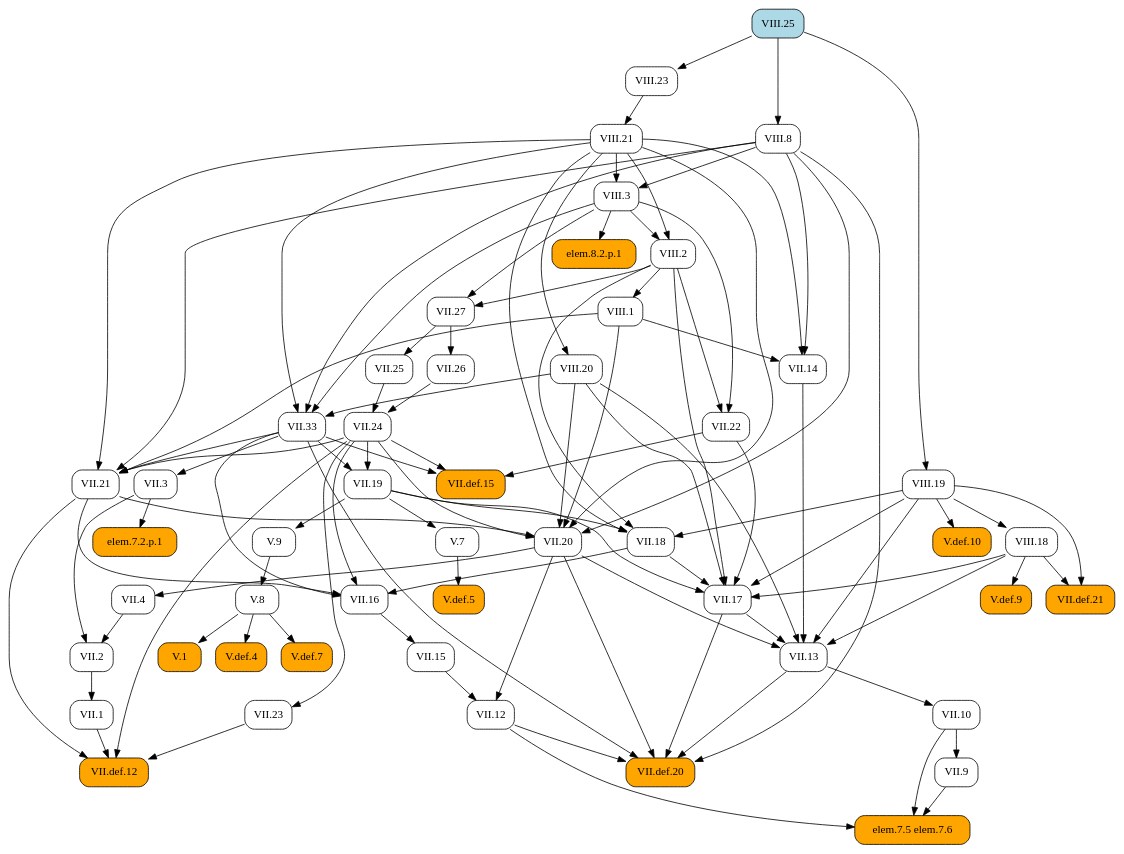
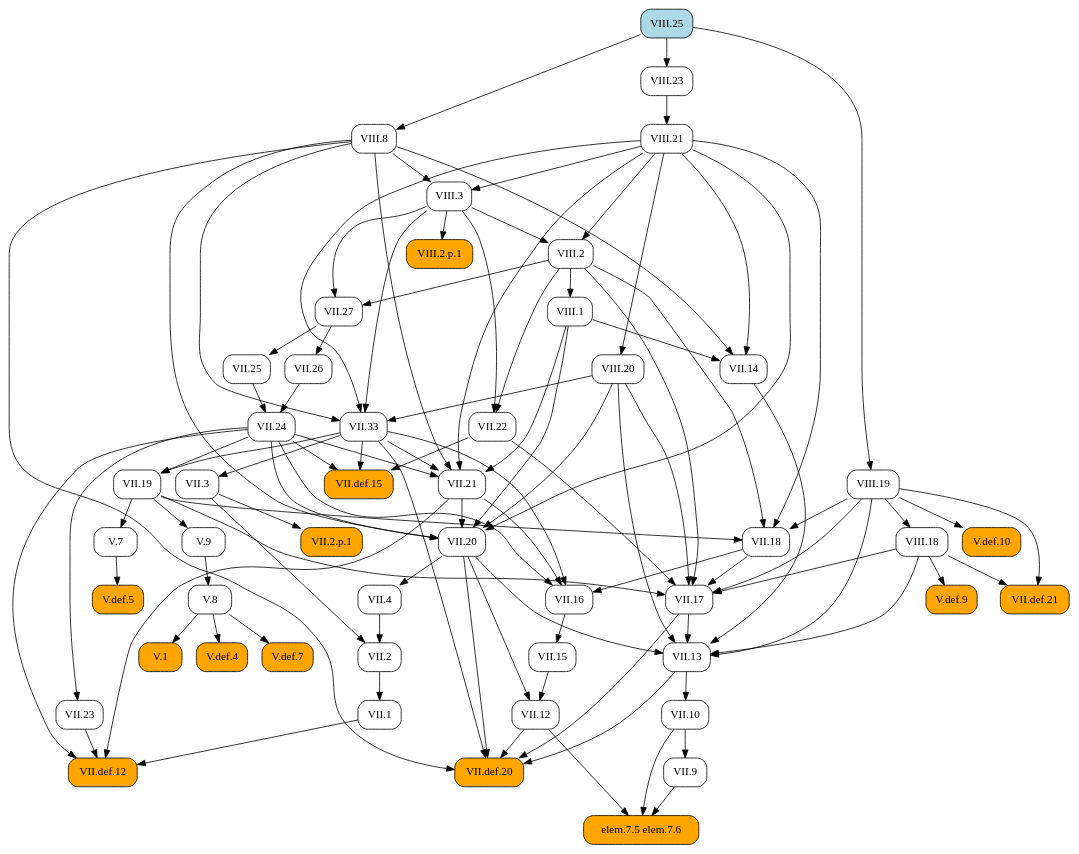
The diagram in docsrc/heath/VIII/25/index.rst (geometor/elements), drawn with Graphviz before and after one commit. The commit also changed 484 other files, not shown here.

```diff
--- a/docsrc/heath/VIII/25/index.rst
+++ b/docsrc/heath/VIII/25/index.rst
@@ -36,60 +36,96 @@
    digraph {
      rankdir="TB";
      node [shape=box, style=rounded];
-     "VII.1" [URL="/heath/VII/1/", target="_top"];
-     "V.def.10" [style="rounded,filled", fillcolor=orange, URL="/heath/V/def.10/", target="_top"];
+     "VII.33" [URL="/heath/VII/33/", target="_top"];
+     "VII.12" [URL="/heath/VII/12/", target="_top"];
+     "elem.7.5 elem.7.6" [style="rounded,filled", fillcolor=orange];
+     "VIII.20" [URL="/heath/VIII/20/", target="_top"];
      "VII.9" [URL="/heath/VII/9/", target="_top"];
+     "VIII.2" [URL="/heath/VIII/2/", target="_top"];
+     "VII.18" [URL="/heath/VII/18/", target="_top"];
+     "VII.16" [URL="/heath/VII/16/", target="_top"];
+     "V.7" [URL="/heath/V/7/", target="_top"];
+     "VII.26" [URL="/heath/VII/26/", target="_top"];
      "V.def.5" [style="rounded,filled", fillcolor=orange, URL="/heath/V/def.5/", target="_top"];
+     "V.9" [URL="/heath/V/9/", target="_top"];
+     "VIII.8" [URL="/heath/VIII/8/", target="_top"];
+     "VII.10" [URL="/heath/VII/10/", target="_top"];
+     "VIII.3" [URL="/heath/VIII/3/", target="_top"];
+     "VII.13" [URL="/heath/VII/13/", target="_top"];
+     "VIII.18" [URL="/heath/VIII/18/", target="_top"];
      "VIII.23" [URL="/heath/VIII/23/", target="_top"];
+     "VII.def.15" [style="rounded,filled", fillcolor=orange, URL="/heath/VII/def.15/", target="_top"];
+     "VIII.19" [URL="/heath/VIII/19/", target="_top"];
      "VII.17" [URL="/heath/VII/17/", target="_top"];
-     "VII.3" [URL="/heath/VII/3/", target="_top"];
-     "elem.7.5 elem.7.6" [style="rounded,filled", fillcolor=orange];
-     "VII.def.21" [style="rounded,filled", fillcolor=orange, URL="/heath/VII/def.21/", target="_top"];
+     "VII.19" [URL="/heath/VII/19/", target="_top"];
+     "VIII.2.p.1" [style="rounded,filled", fillcolor=orange];
+     "VII.2" [URL="/heath/VII/2/", target="_top"];
+     "VII.def.20" [style="rounded,filled", fillcolor=orange, URL="/heath/VII/def.20/", target="_top"];
+     "VII.2.p.1" [style="rounded,filled", fillcolor=orange];
+     "VII.15" [URL="/heath/VII/15/", target="_top"];
+     "V.def.4" [style="rounded,filled", fillcolor=orange, URL="/heath/V/def.4/", target="_top"];
+     "VIII.25" [style="rounded,filled", fillcolor=lightblue, URL="/heath/VIII/25/", target="_top"];
+     "V.def.7" [style="rounded,filled", fillcolor=orange, URL="/heath/V/def.7/", target="_top"];
      "VIII.21" [URL="/heath/VIII/21/", target="_top"];
-     "V.7" [URL="/heath/V/7/", target="_top"];
-     "VIII.19" [URL="/heath/VIII/19/", target="_top"];
-     "VIII.25" [style="rounded,filled", fillcolor=lightblue, URL="/heath/VIII/25/", target="_top"];
-     "V.9" [URL="/heath/V/9/", target="_top"];
-     "VII.13" [URL="/heath/VII/13/", target="_top"];
-     "VII.2" [URL="/heath/VII/2/", target="_top"];
-     "VIII.1" [URL="/heath/VIII/1/", target="_top"];
-     "VIII.2" [URL="/heath/VIII/2/", target="_top"];
-     "VII.12" [URL="/heath/VII/12/", target="_top"];
-     "VII.24" [URL="/heath/VII/24/", target="_top"];
-     "VII.def.12" [style="rounded,filled", fillcolor=orange, URL="/heath/VII/def.12/", target="_top"];
-     "V.8" [URL="/heath/V/8/", target="_top"];
-     "VII.33" [URL="/heath/VII/33/", target="_top"];
-     "V.def.9" [style="rounded,filled", fillcolor=orange, URL="/heath/V/def.9/", target="_top"];
-     "elem.7.2.p.1" [style="rounded,filled", fillcolor=orange];
-     "VIII.18" [URL="/heath/VIII/18/", target="_top"];
-     "VII.10" [URL="/heath/VII/10/", target="_top"];
-     "VII.def.15" [style="rounded,filled", fillcolor=orange, URL="/heath/VII/def.15/", target="_top"];
-     "VII.18" [URL="/heath/VII/18/", target="_top"];
-     "VII.19" [URL="/heath/VII/19/", target="_top"];
-     "VII.16" [URL="/heath/VII/16/", target="_top"];
-     "VII.26" [URL="/heath/VII/26/", target="_top"];
-     "VII.4" [URL="/heath/VII/4/", target="_top"];
-     "VII.25" [URL="/heath/VII/25/", target="_top"];
-     "VII.21" [URL="/heath/VII/21/", target="_top"];
-     "V.1" [style="rounded,filled", fillcolor=orange, URL="/heath/V/1/", target="_top"];
-     "VII.20" [URL="/heath/VII/20/", target="_top"];
-     "VIII.8" [URL="/heath/VIII/8/", target="_top"];
      "VII.14" [URL="/heath/VII/14/", target="_top"];
      "VII.27" [URL="/heath/VII/27/", target="_top"];
-     "VIII.3" [URL="/heath/VIII/3/", target="_top"];
-     "V.def.4" [style="rounded,filled", fillcolor=orange, URL="/heath/V/def.4/", target="_top"];
+     "VII.21" [URL="/heath/VII/21/", target="_top"];
+     "V.def.10" [style="rounded,filled", fillcolor=orange, URL="/heath/V/def.10/", target="_top"];
      "VII.22" [URL="/heath/VII/22/", target="_top"];
-     "VIII.20" [URL="/heath/VIII/20/", target="_top"];
-     "V.def.7" [style="rounded,filled", fillcolor=orange, URL="/heath/V/def.7/", target="_top"];
+     "VIII.1" [URL="/heath/VIII/1/", target="_top"];
+     "VII.25" [URL="/heath/VII/25/", target="_top"];
+     "VII.1" [URL="/heath/VII/1/", target="_top"];
+     "V.8" [URL="/heath/V/8/", target="_top"];
      "VII.23" [URL="/heath/VII/23/", target="_top"];
-     "VII.15" [URL="/heath/VII/15/", target="_top"];
-     "VII.def.20" [style="rounded,filled", fillcolor=orange, URL="/heath/VII/def.20/", target="_top"];
-     "elem.8.2.p.1" [style="rounded,filled", fillcolor=orange];
-     "VII.2" -> "VII.1";
-     "VIII.19" -> "V.def.10";
+     "VII.4" [URL="/heath/VII/4/", target="_top"];
+     "VII.def.12" [style="rounded,filled", fillcolor=orange, URL="/heath/VII/def.12/", target="_top"];
+     "V.1" [style="rounded,filled", fillcolor=orange, URL="/heath/V/1/", target="_top"];
+     "V.def.9" [style="rounded,filled", fillcolor=orange, URL="/heath/V/def.9/", target="_top"];
+     "VII.3" [URL="/heath/VII/3/", target="_top"];
+     "VII.24" [URL="/heath/VII/24/", target="_top"];
+     "VII.20" [URL="/heath/VII/20/", target="_top"];
+     "VII.def.21" [style="rounded,filled", fillcolor=orange, URL="/heath/VII/def.21/", target="_top"];
+     "VIII.3" -> "VII.33";
+     "VIII.8" -> "VII.33";
+     "VIII.20" -> "VII.33";
+     "VIII.21" -> "VII.33";
+     "VII.15" -> "VII.12";
+     "VII.20" -> "VII.12";
+     "VII.9" -> "elem.7.5 elem.7.6";
+     "VII.10" -> "elem.7.5 elem.7.6";
+     "VII.12" -> "elem.7.5 elem.7.6";
+     "VIII.21" -> "VIII.20";
      "VII.10" -> "VII.9";
+     "VIII.3" -> "VIII.2";
+     "VIII.21" -> "VIII.2";
+     "VII.19" -> "VII.18";
+     "VIII.2" -> "VII.18";
+     "VIII.19" -> "VII.18";
+     "VIII.21" -> "VII.18";
+     "VII.18" -> "VII.16";
+     "VII.21" -> "VII.16";
+     "VII.24" -> "VII.16";
+     "VII.33" -> "VII.16";
+     "VII.19" -> "V.7";
+     "VII.27" -> "VII.26";
      "V.7" -> "V.def.5";
+     "VII.19" -> "V.9";
+     "VIII.25" -> "VIII.8";
+     "VII.13" -> "VII.10";
+     "VIII.8" -> "VIII.3";
+     "VIII.21" -> "VIII.3";
+     "VII.14" -> "VII.13";
+     "VII.17" -> "VII.13";
+     "VII.20" -> "VII.13";
+     "VIII.18" -> "VII.13";
+     "VIII.19" -> "VII.13";
+     "VIII.20" -> "VII.13";
+     "VIII.19" -> "VIII.18";
      "VIII.25" -> "VIII.23";
+     "VII.22" -> "VII.def.15";
+     "VII.24" -> "VII.def.15";
+     "VII.33" -> "VII.def.15";
+     "VIII.25" -> "VIII.19";
      "VII.18" -> "VII.17";
      "VII.19" -> "VII.17";
      "VII.22" -> "VII.17";
@@ -97,92 +133,56 @@
      "VIII.18" -> "VII.17";
      "VIII.19" -> "VII.17";
      "VIII.20" -> "VII.17";
-     "VII.33" -> "VII.3";
-     "VII.9" -> "elem.7.5 elem.7.6";
-     "VII.10" -> "elem.7.5 elem.7.6";
-     "VII.12" -> "elem.7.5 elem.7.6";
-     "VIII.18" -> "VII.def.21";
-     "VIII.19" -> "VII.def.21";
-     "VIII.23" -> "VIII.21";
-     "VII.19" -> "V.7";
-     "VIII.25" -> "VIII.19";
-     "VII.19" -> "V.9";
-     "VII.14" -> "VII.13";
-     "VII.17" -> "VII.13";
-     "VII.20" -> "VII.13";
-     "VIII.18" -> "VII.13";
-     "VIII.19" -> "VII.13";
-     "VIII.20" -> "VII.13";
+     "VII.24" -> "VII.19";
+     "VII.33" -> "VII.19";
+     "VIII.3" -> "VIII.2.p.1";
      "VII.3" -> "VII.2";
      "VII.4" -> "VII.2";
-     "VIII.2" -> "VIII.1";
-     "VIII.3" -> "VIII.2";
-     "VIII.21" -> "VIII.2";
-     "VII.15" -> "VII.12";
-     "VII.20" -> "VII.12";
-     "VII.25" -> "VII.24";
-     "VII.26" -> "VII.24";
-     "VII.1" -> "VII.def.12";
-     "VII.21" -> "VII.def.12";
-     "VII.23" -> "VII.def.12";
-     "VII.24" -> "VII.def.12";
-     "V.9" -> "V.8";
-     "VIII.3" -> "VII.33";
-     "VIII.8" -> "VII.33";
-     "VIII.20" -> "VII.33";
-     "VIII.21" -> "VII.33";
-     "VIII.18" -> "V.def.9";
-     "VII.3" -> "elem.7.2.p.1";
-     "VIII.19" -> "VIII.18";
-     "VII.13" -> "VII.10";
-     "VII.22" -> "VII.def.15";
-     "VII.24" -> "VII.def.15";
-     "VII.33" -> "VII.def.15";
-     "VII.19" -> "VII.18";
-     "VIII.2" -> "VII.18";
-     "VIII.19" -> "VII.18";
-     "VIII.21" -> "VII.18";
-     "VII.24" -> "VII.19";
-     "VII.33" -> "VII.19";
-     "VII.18" -> "VII.16";
-     "VII.21" -> "VII.16";
-     "VII.24" -> "VII.16";
-     "VII.33" -> "VII.16";
-     "VII.27" -> "VII.26";
-     "VII.20" -> "VII.4";
-     "VII.27" -> "VII.25";
+     "VII.12" -> "VII.def.20";
+     "VII.13" -> "VII.def.20";
+     "VII.17" -> "VII.def.20";
+     "VII.20" -> "VII.def.20";
+     "VII.33" -> "VII.def.20";
+     "VIII.8" -> "VII.def.20";
+     "VII.3" -> "VII.2.p.1";
+     "VII.16" -> "VII.15";
+     "V.8" -> "V.def.4";
+     "V.8" -> "V.def.7";
+     "VIII.23" -> "VIII.21";
+     "VIII.1" -> "VII.14";
+     "VIII.8" -> "VII.14";
+     "VIII.21" -> "VII.14";
+     "VIII.2" -> "VII.27";
+     "VIII.3" -> "VII.27";
      "VII.24" -> "VII.21";
      "VII.33" -> "VII.21";
      "VIII.1" -> "VII.21";
      "VIII.8" -> "VII.21";
      "VIII.21" -> "VII.21";
+     "VIII.19" -> "V.def.10";
+     "VIII.2" -> "VII.22";
+     "VIII.3" -> "VII.22";
+     "VIII.2" -> "VIII.1";
+     "VII.27" -> "VII.25";
+     "VII.2" -> "VII.1";
+     "V.9" -> "V.8";
+     "VII.24" -> "VII.23";
+     "VII.20" -> "VII.4";
+     "VII.1" -> "VII.def.12";
+     "VII.21" -> "VII.def.12";
+     "VII.23" -> "VII.def.12";
+     "VII.24" -> "VII.def.12";
      "V.8" -> "V.1";
+     "VIII.18" -> "V.def.9";
+     "VII.33" -> "VII.3";
+     "VII.25" -> "VII.24";
+     "VII.26" -> "VII.24";
      "VII.21" -> "VII.20";
      "VII.24" -> "VII.20";
      "VIII.1" -> "VII.20";
      "VIII.8" -> "VII.20";
      "VIII.20" -> "VII.20";
      "VIII.21" -> "VII.20";
-     "VIII.25" -> "VIII.8";
-     "VIII.1" -> "VII.14";
-     "VIII.8" -> "VII.14";
-     "VIII.21" -> "VII.14";
-     "VIII.2" -> "VII.27";
-     "VIII.3" -> "VII.27";
-     "VIII.8" -> "VIII.3";
-     "VIII.21" -> "VIII.3";
-     "V.8" -> "V.def.4";
-     "VIII.2" -> "VII.22";
-     "VIII.3" -> "VII.22";
-     "VIII.21" -> "VIII.20";
-     "V.8" -> "V.def.7";
-     "VII.24" -> "VII.23";
-     "VII.16" -> "VII.15";
-     "VII.12" -> "VII.def.20";
-     "VII.13" -> "VII.def.20";
-     "VII.17" -> "VII.def.20";
-     "VII.20" -> "VII.def.20";
-     "VII.33" -> "VII.def.20";
-     "VIII.8" -> "VII.def.20";
-     "VIII.3" -> "elem.8.2.p.1";
+     "VIII.18" -> "VII.def.21";
+     "VIII.19" -> "VII.def.21";
    }
```
